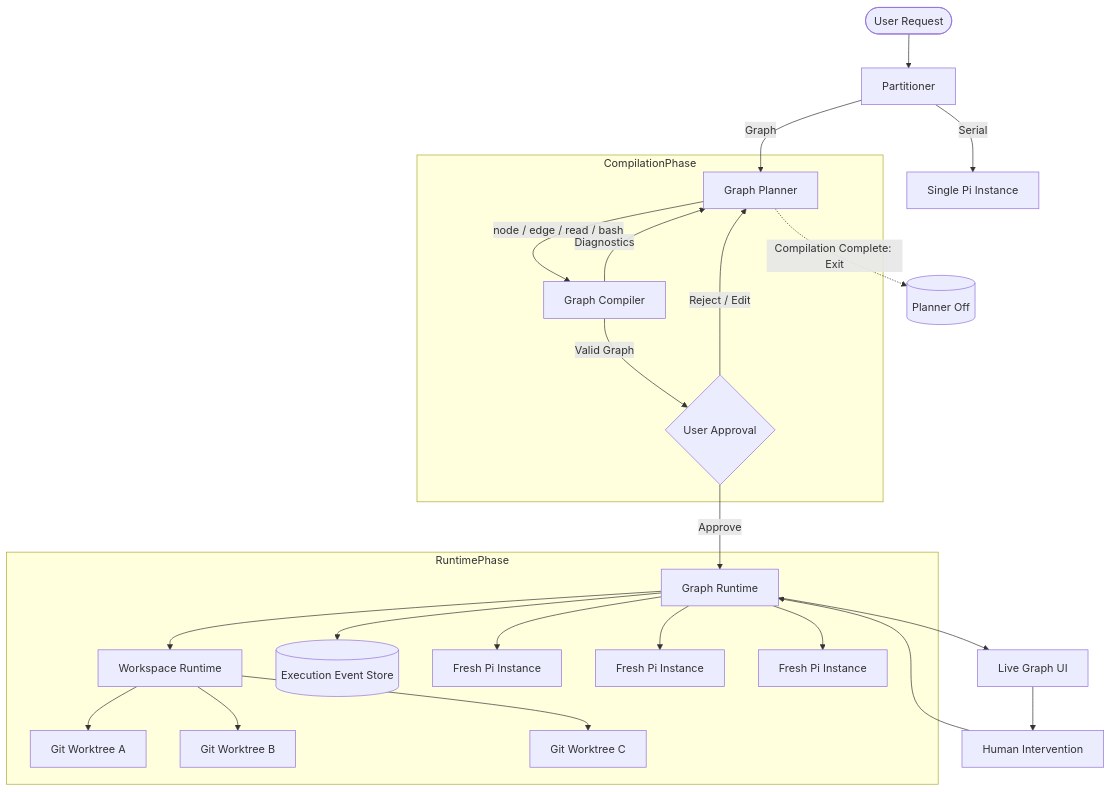
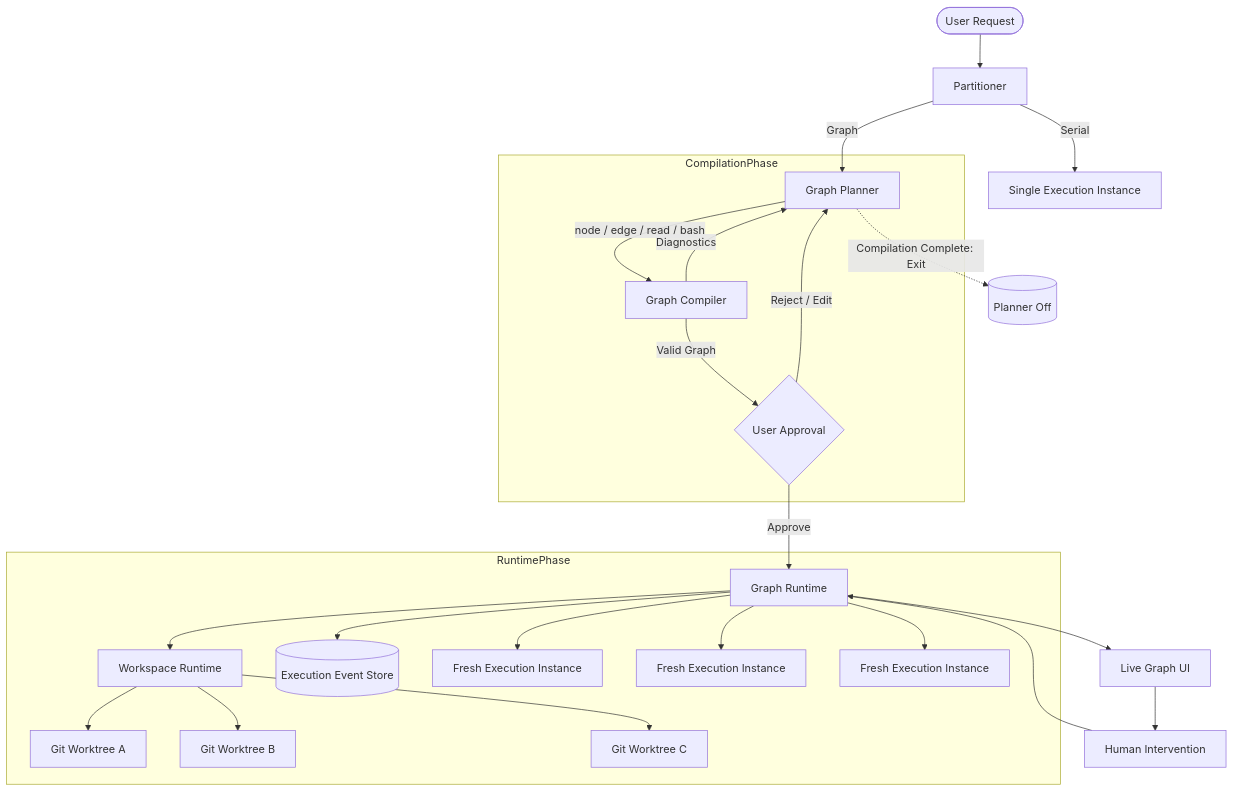
The first of 2 diagrams in agent.md (zhexusun10/grapher), drawn with Mermaid before and after one commit. The commit also changed other lines of this file and 28 other files, not shown here.

````diff
--- a/agent.md
+++ b/agent.md
@@ -109,34 +109,34 @@
 ```mermaid
 flowchart TD
     User([User Request]) --> Partitioner[Partitioner]
 
-    Partitioner -->|Serial| SerialPi[Single Pi Instance]
+    Partitioner -->|Serial| SerialPi[Single Execution Instance]
     Partitioner -->|Graph| Planner[Graph Planner]
 
     subgraph CompilationPhase
         Planner -->|node / edge / read / bash| Compiler[Graph Compiler]
         Compiler -->|Diagnostics| Planner
         Compiler -->|Valid Graph| Approval{User Approval}
     end
 
     Planner -.->|Compilation Complete: Exit| PlannerExit[(Planner Off)]
 
     Approval -->|Approve| Runtime[Graph Runtime]
     Approval -->|Reject / Edit| Planner
 
     subgraph RuntimePhase
         Runtime --> Workspace[Workspace Runtime]
         Runtime --> EventStore[(Execution Event Store)]
-        Runtime --> PiA[Fresh Pi Instance]
-        Runtime --> PiB[Fresh Pi Instance]
-        Runtime --> PiC[Fresh Pi Instance]
+        Runtime --> PiA[Fresh Execution Instance]
+        Runtime --> PiB[Fresh Execution Instance]
+        Runtime --> PiC[Fresh Execution Instance]
 
         Workspace --> WorktreeA[Git Worktree A]
         Workspace --> WorktreeB[Git Worktree B]
         Workspace --> WorktreeC[Git Worktree C]
     end
 
     Runtime --> GraphUI[Live Graph UI]
     GraphUI --> Human[Human Intervention]
     Human --> Runtime
 ```
````
